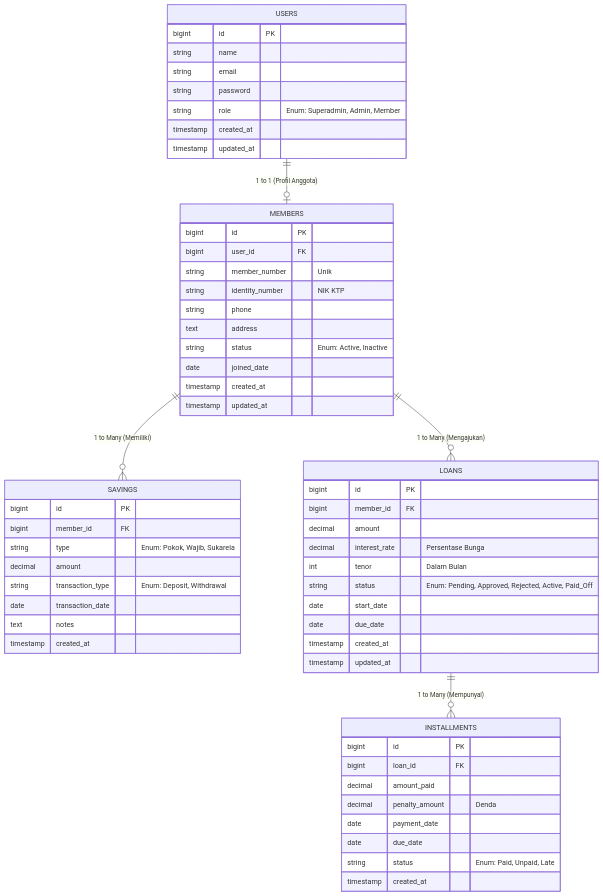
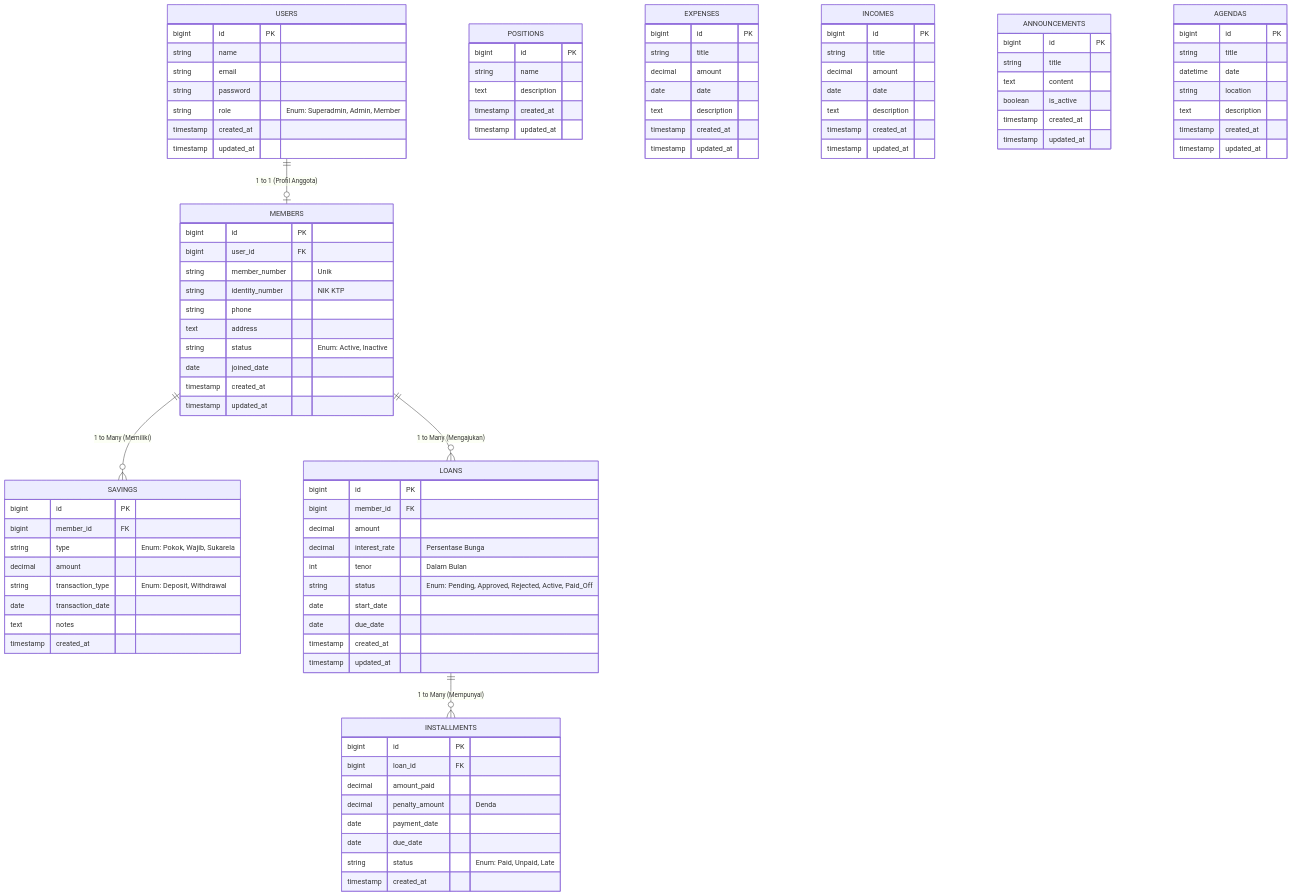
Before and after one commit to angelinaparera22-del/Sistem-Manajemen-Koperasi: the diagram in PRD.md, drawn with Mermaid. The commit also changed other lines of this file and 17 other files, not shown here.

```diff
--- a/PRD.md
+++ b/PRD.md
@@ -95,6 +100,53 @@
         timestamp created_at
     }
 
+    POSITIONS {
+        bigint id PK
+        string name
+        text description
+        timestamp created_at
+        timestamp updated_at
+    }
+
+    EXPENSES {
+        bigint id PK
+        string title
+        decimal amount
+        date date
+        text description
+        timestamp created_at
+        timestamp updated_at
+    }
+
+    INCOMES {
+        bigint id PK
+        string title
+        decimal amount
+        date date
+        text description
+        timestamp created_at
+        timestamp updated_at
+    }
+
+    ANNOUNCEMENTS {
+        bigint id PK
+        string title
+        text content
+        boolean is_active
+        timestamp created_at
+        timestamp updated_at
+    }
+
+    AGENDAS {
+        bigint id PK
+        string title
+        datetime date
+        string location
+        text description
+        timestamp created_at
+        timestamp updated_at
+    }
+
     %% Relasi antar tabel
     USERS ||--o| MEMBERS : "1 to 1 (Profil Anggota)"
     MEMBERS ||--o{ SAVINGS : "1 to Many (Memiliki)"
```
